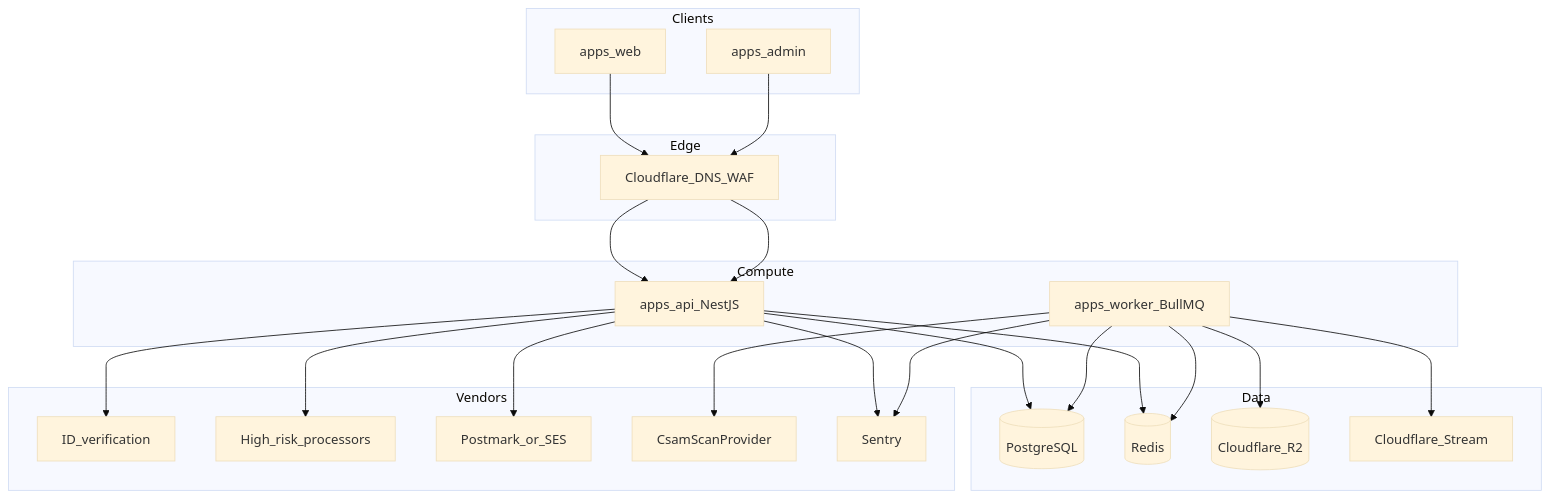
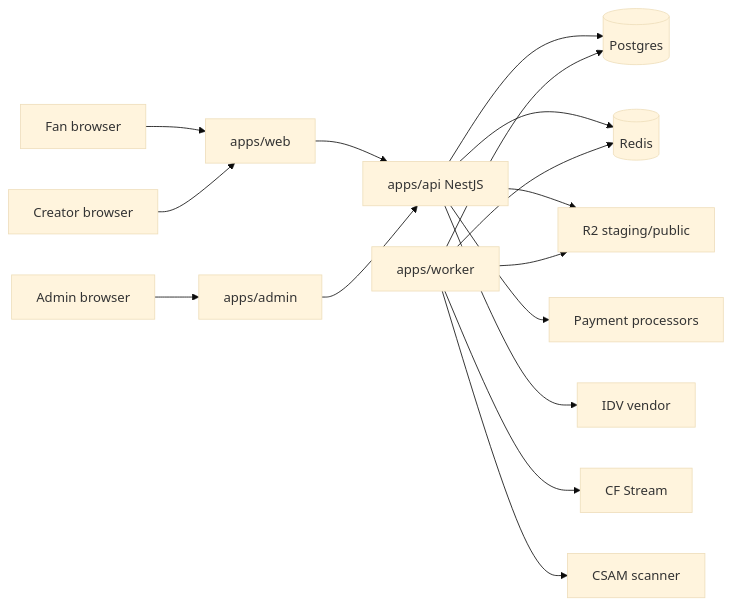
The diagram in docs/architecture.md (ToC-886/hushd), drawn with Mermaid (base theme) before and after one commit. The commit also changed other lines of this file and 222 other files, not shown here.

````diff
--- a/docs/architecture.md
+++ b/docs/architecture.md
@@ -9,46 +9,18 @@
 ```mermaid
-flowchart TB
-  subgraph clients [Clients]
-    WebFan[apps_web]
-    WebAdmin[apps_admin]
-  end
-
-  subgraph edge [Edge]
-    CF[Cloudflare_DNS_WAF]
-  end
-
-  subgraph app [Compute]
-    Api[apps_api_NestJS]
-    Worker[apps_worker_BullMQ]
-  end
-
-  subgraph data [Data]
-    PG[(PostgreSQL)]
-    Redis[(Redis)]
-    R2[(Cloudflare_R2)]
-    Stream[Cloudflare_Stream]
-  end
-
-  subgraph vendors [Vendors]
-    Idv[ID_verification]
-    Pay[High_risk_processors]
-    Email[Postmark_or_SES]
-    Csam[CsamScanProvider]
-    Sentry[Sentry]
-  end
-
-  WebFan --> CF --> Api
-  WebAdmin --> CF --> Api
-  Api --> PG
-  Api --> Redis
-  Worker --> Redis
+flowchart LR
+  Fan[Fan browser] --> Web[apps/web]
+  Creator[Creator browser] --> Web
+  Ops[Admin browser] --> Admin[apps/admin]
+  Web --> API[apps/api NestJS]
+  Admin --> API
+  API --> PG[(Postgres)]
+  API --> Redis[(Redis)]
+  Worker[apps/worker] --> Redis
   Worker --> PG
+  API --> R2[R2 staging/public]
   Worker --> R2
-  Worker --> Stream
-  Api --> Idv
-  Api --> Pay
-  Api --> Email
-  Worker --> Csam
-  Api --> Sentry
-  Worker --> Sentry
+  Worker --> Stream[CF Stream]
+  API --> Pay[Payment processors]
+  API --> IDV[IDV vendor]
+  Worker --> CSAM[CSAM scanner]
 ```
````
